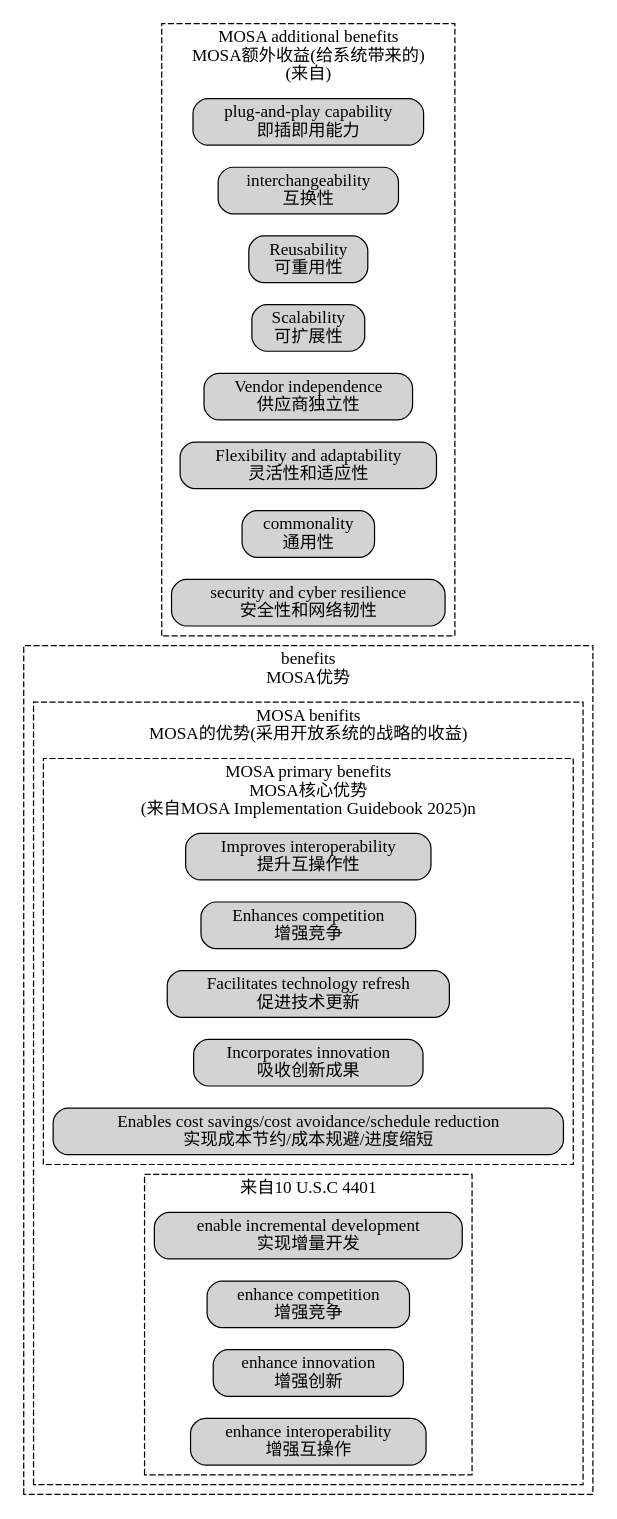
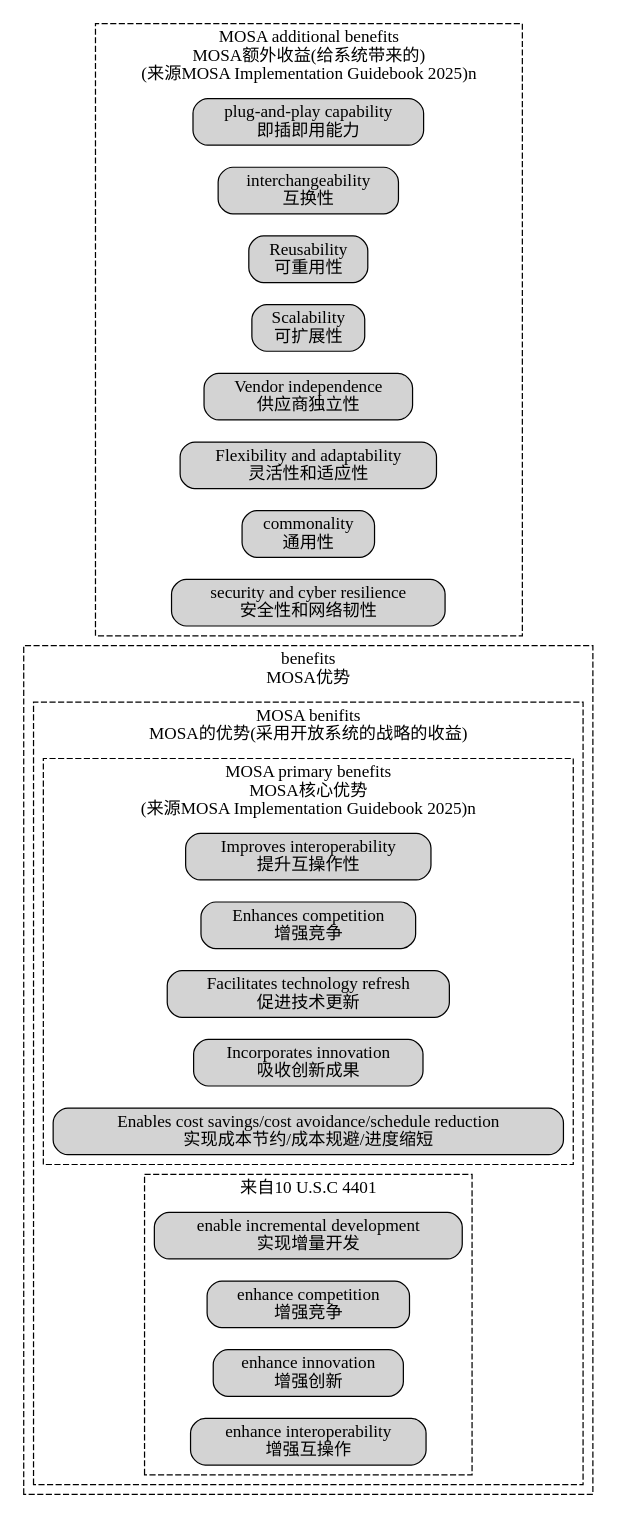
Before and after one commit to chaozhang2000/soa: the diagram in parts/soa_feature_benifits.dot, drawn with Graphviz. The commit also changed 2 other files, not shown here.

```diff
--- a/parts/soa_feature_benifits.dot
+++ b/parts/soa_feature_benifits.dot
@@ -1,42 +1,42 @@
 digraph G {
   graph [rankdir=LR,compound=true];
   node [shape=box, style="rounded,filled"];
 subgraph cluster_MOSA_benefits{
 	label="benefits\nMOSA优势"
 	style = dashed;
 subgraph cluster_MOSA_benefits1{
 	label="MOSA benifits\nMOSA的优势(采用开放系统的战略的收益)"
 	style = dashed;
 	
 	subgraph cluster_MOSA_primary_benefits{
-	label="MOSA primary benefits\nMOSA核心优势\n(来自MOSA Implementation Guidebook 2025)n"
+	label="MOSA primary benefits\nMOSA核心优势\n(来源MOSA Implementation Guidebook 2025)n"
 	style = dashed;
 	MOSA_Benefit1[label="Improves interoperability\n提升互操作性"]
 	MOSA_Benefit2[label="Enhances competition\n增强竞争"]
 	MOSA_Benefit3[label="Facilitates technology refresh\n促进技术更新"]
 	MOSA_Benefit4[label="Incorporates innovation\n吸收创新成果"]
 	MOSA_Benefit5[label="Enables cost savings/cost avoidance/schedule reduction\n实现成本节约/成本规避/进度缩短"]
 	}
 subgraph cluster_MOSA_benefits2{
 	label="来自10 U.S.C 4401"
 	style = dashed;
 	MOSA_Benefit14[label="enable incremental development\n实现增量开发"]
 	MOSA_Benefit15[label="enhance competition\n增强竞争"]
 	MOSA_Benefit16[label="enhance innovation\n增强创新"]
 	MOSA_Benefit17[label="enhance interoperability\n增强互操作"]
 }
 }
 }
 	subgraph cluster_MOSA_additional_benefits{
-	label="MOSA additional benefits\nMOSA额外收益(给系统带来的)\n(来自)"
+	label="MOSA additional benefits\nMOSA额外收益(给系统带来的)\n(来源MOSA Implementation Guidebook 2025)n"
 	style = dashed;
 	MOSA_Benefit6[label="plug-and-play capability\n即插即用能力"]
 	MOSA_Benefit7[label="interchangeability\n互换性"]
 	MOSA_Benefit8[label="Reusability\n可重用性"]
 	MOSA_Benefit9[label="Scalability\n可扩展性"]
 	MOSA_Benefit10[label="Vendor independence\n供应商独立性"]
 	MOSA_Benefit11[label="Flexibility and adaptability\n灵活性和适应性"]
 	MOSA_Benefit12[label="commonality\n通用性"]
 	MOSA_Benefit13[label="security and cyber resilience\n安全性和网络韧性"]
 	}
 }
```
